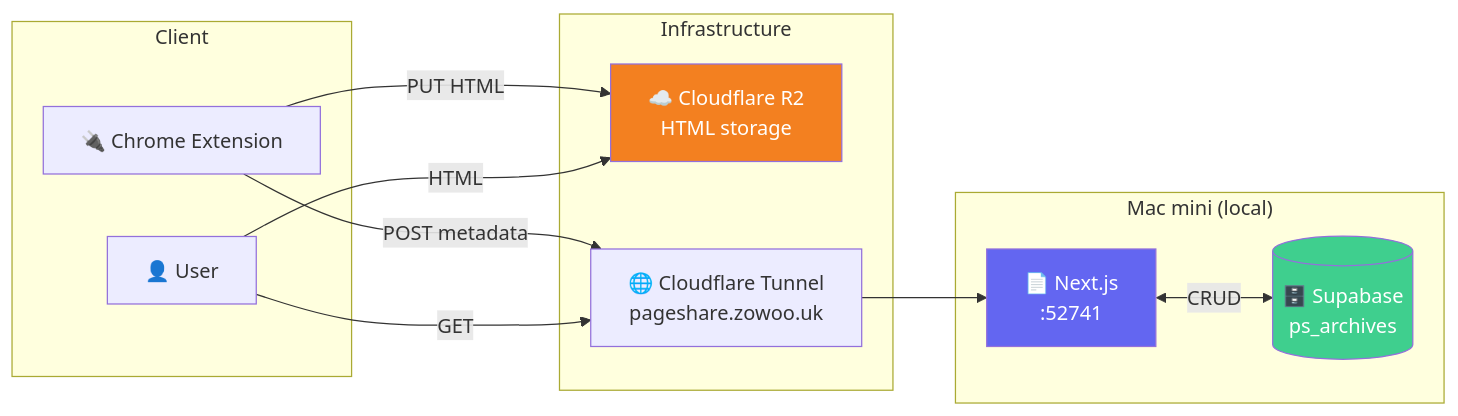
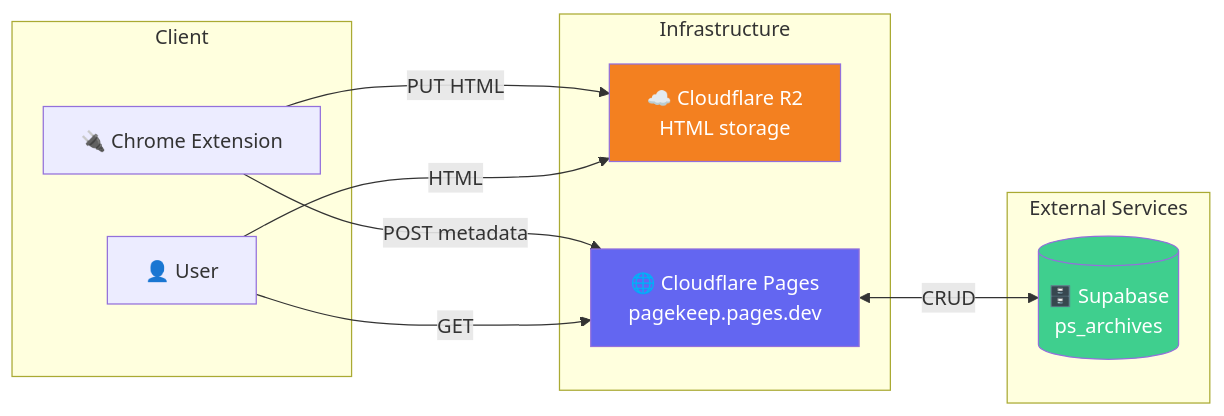
The second of 2 diagrams in page-share/README_EN.md (izowooi/crispy-web), drawn with Mermaid before and after one commit. The commit also changed other lines of this file and 18 other files, not shown here.

First line of the commit message:
page-share: Cloudflare Pages 배포 준비

````diff
--- a/page-share/README_EN.md
+++ b/page-share/README_EN.md
@@ -95,28 +95,26 @@
 ```mermaid
 graph LR
     subgraph Client
         EXT[🔌 Chrome Extension]
         USER[👤 User]
     end
 
     subgraph Infrastructure
         R2[☁️ Cloudflare R2\nHTML storage]
-        CF[🌐 Cloudflare Tunnel\npageshare.zowoo.uk]
+        CF[🌐 Cloudflare Pages\npagekeep.pages.dev]
     end
 
-    subgraph "Mac mini (local)"
-        WEB["📄 Next.js\n:52741"]
+    subgraph "External Services"
         DB[(🗄️ Supabase\nps_archives)]
     end
 
     EXT -->|PUT HTML| R2
     EXT -->|POST metadata| CF
-    CF --> WEB
-    WEB <-->|CRUD| DB
+    CF <-->|CRUD| DB
     USER -->|GET| CF
     USER -->|HTML| R2
 
     style R2 fill:#F38020,color:#fff
-    style WEB fill:#6366f1,color:#fff
+    style CF fill:#6366f1,color:#fff
     style DB fill:#3FCF8E,color:#fff
 ```
````
